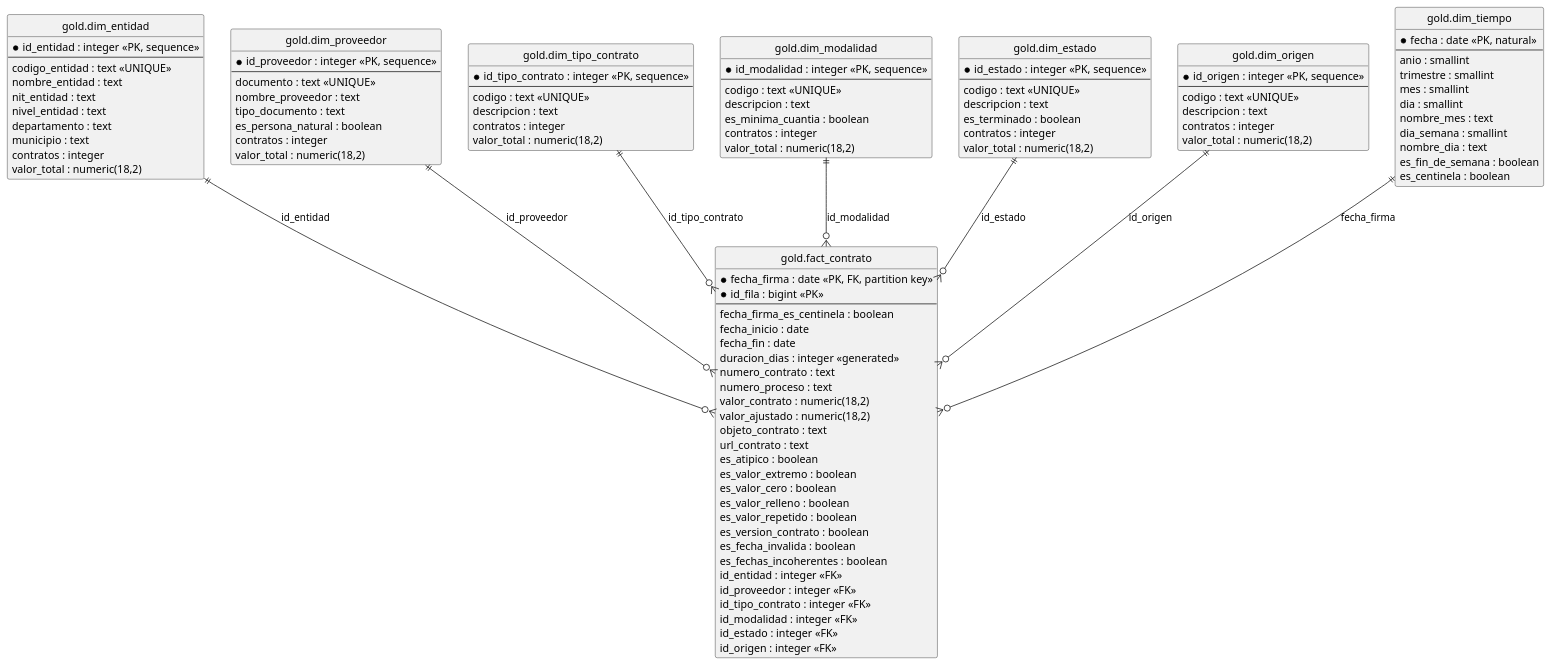
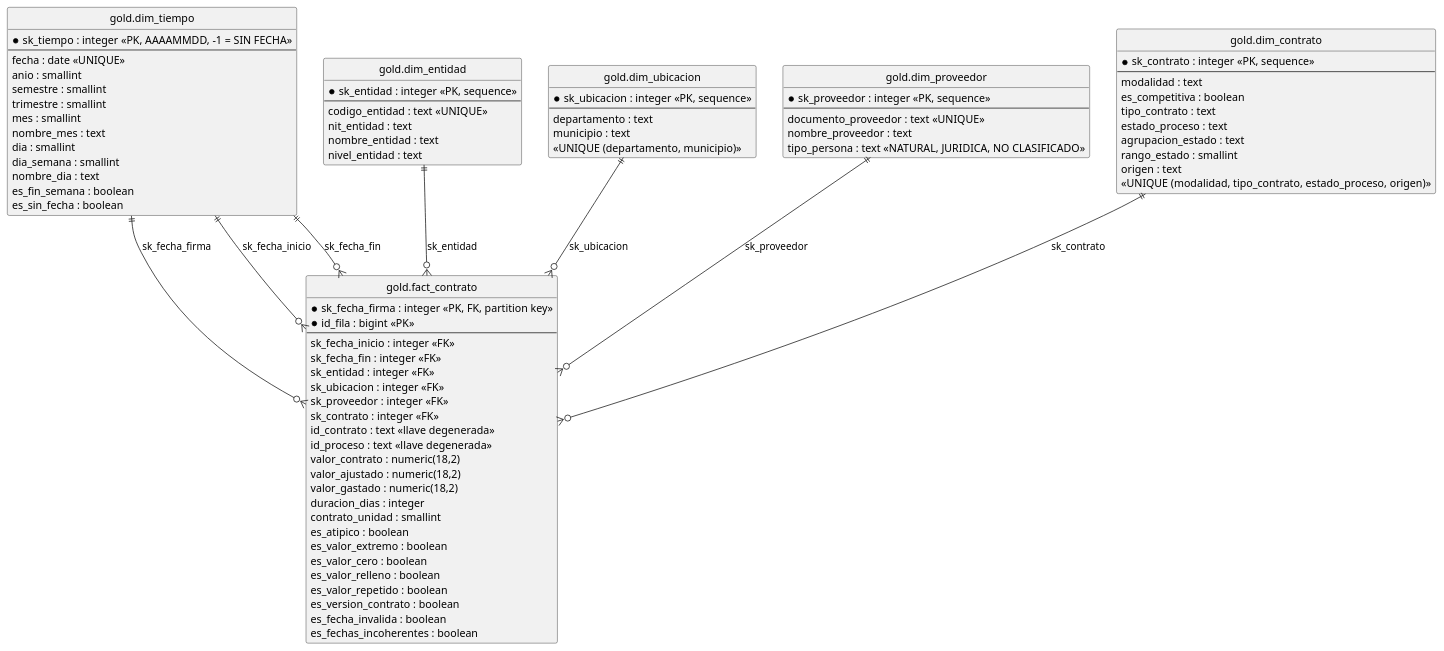
One commit to KerinM/SECOP changed the second of 2 diagrams in docs/modelo_relacional.md. Above: the diagram before and after it, drawn with PlantUML. The commit also changed other lines of this file and 1 other file, not shown here.

Commit message:
docs: modelo relacional y decisiones tecnicas actualizados

````diff
--- a/docs/modelo_relacional.md
+++ b/docs/modelo_relacional.md
@@ -176,100 +169,78 @@
 ```plantuml
 @startuml
-' Modelo lógico del Entregable 2. Muestra tablas, PK, FK y tipos.
-' dim_tiempo usa clave natural (fecha): ver seccion 6.2.
-
 hide circle
 
+entity "gold.dim_tiempo" as dim_tiempo {
+  * sk_tiempo : integer <<PK, AAAAMMDD, -1 = SIN FECHA>>
+  --
+  fecha : date <<UNIQUE>>
+  anio : smallint
+  semestre : smallint
+  trimestre : smallint
+  mes : smallint
+  nombre_mes : text
+  dia : smallint
+  dia_semana : smallint
+  nombre_dia : text
+  es_fin_semana : boolean
+  es_sin_fecha : boolean
+}
+
 entity "gold.dim_entidad" as dim_entidad {
-  * id_entidad : integer <<PK, sequence>>
+  * sk_entidad : integer <<PK, sequence>>
   --
   codigo_entidad : text <<UNIQUE>>
+  nit_entidad : text
   nombre_entidad : text
-  nit_entidad : text
   nivel_entidad : text
+}
+
+entity "gold.dim_ubicacion" as dim_ubicacion {
+  * sk_ubicacion : integer <<PK, sequence>>
+  --
   departamento : text
   municipio : text
-  contratos : integer
-  valor_total : numeric(18,2)
+  <<UNIQUE (departamento, municipio)>>
 }
 
 entity "gold.dim_proveedor" as dim_proveedor {
-  * id_proveedor : integer <<PK, sequence>>
+  * sk_proveedor : integer <<PK, sequence>>
   --
-  documento : text <<UNIQUE>>
+  documento_proveedor : text <<UNIQUE>>
   nombre_proveedor : text
-  tipo_documento : text
-  es_persona_natural : boolean
-  contratos : integer
-  valor_total : numeric(18,2)
+  tipo_persona : text <<NATURAL, JURIDICA, NO CLASIFICADO>>
 }
 
-entity "gold.dim_tipo_contrato" as dim_tipo_contrato {
-  * id_tipo_contrato : integer <<PK, sequence>>
+entity "gold.dim_contrato" as dim_contrato {
+  * sk_contrato : integer <<PK, sequence>>
   --
-  codigo : text <<UNIQUE>>
-  descripcion : text
-  contratos : integer
-  valor_total : numeric(18,2)
-}
-
-entity "gold.dim_modalidad" as dim_modalidad {
-  * id_modalidad : integer <<PK, sequence>>
-  --
-  codigo : text <<UNIQUE>>
-  descripcion : text
-  es_minima_cuantia : boolean
-  contratos : integer
-  valor_total : numeric(18,2)
-}
-
-entity "gold.dim_estado" as dim_estado {
-  * id_estado : integer <<PK, sequence>>
-  --
-  codigo : text <<UNIQUE>>
-  descripcion : text
-  es_terminado : boolean
-  contratos : integer
-  valor_total : numeric(18,2)
-}
-
-entity "gold.dim_origen" as dim_origen {
-  * id_origen : integer <<PK, sequence>>
-  --
-  codigo : text <<UNIQUE>>
-  descripcion : text
-  contratos : integer
-  valor_total : numeric(18,2)
-}
-
-entity "gold.dim_tiempo" as dim_tiempo {
-  * fecha : date <<PK, natural>>
-  --
-  anio : smallint
-  trimestre : smallint
-  mes : smallint
-  dia : smallint
-  nombre_mes : text
-  dia_semana : smallint
-  nombre_dia : text
-  es_fin_de_semana : boolean
-  es_centinela : boolean
+  modalidad : text
+  es_competitiva : boolean
+  tipo_contrato : text
+  estado_proceso : text
+  agrupacion_estado : text
+  rango_estado : smallint
+  origen : text
+  <<UNIQUE (modalidad, tipo_contrato, estado_proceso, origen)>>
 }
 
 entity "gold.fact_contrato" as fact_contrato {
-  * fecha_firma : date <<PK, FK, partition key>>
+  * sk_fecha_firma : integer <<PK, FK, partition key>>
   * id_fila : bigint <<PK>>
   --
-  fecha_firma_es_centinela : boolean
-  fecha_inicio : date
-  fecha_fin : date
-  duracion_dias : integer <<generated>>
-  numero_contrato : text
-  numero_proceso : text
+  sk_fecha_inicio : integer <<FK>>
+  sk_fecha_fin : integer <<FK>>
+  sk_entidad : integer <<FK>>
+  sk_ubicacion : integer <<FK>>
+  sk_proveedor : integer <<FK>>
+  sk_contrato : integer <<FK>>
+  id_contrato : text <<llave degenerada>>
+  id_proceso : text <<llave degenerada>>
   valor_contrato : numeric(18,2)
   valor_ajustado : numeric(18,2)
-  objeto_contrato : text
-  url_contrato : text
+  valor_gastado : numeric(18,2)
+  duracion_dias : integer
+  contrato_unidad : smallint
   es_atipico : boolean
   es_valor_extremo : boolean
   es_valor_cero : boolean
@@ -278,20 +249,14 @@
   es_version_contrato : boolean
   es_fecha_invalida : boolean
   es_fechas_incoherentes : boolean
-  id_entidad : integer <<FK>>
-  id_proveedor : integer <<FK>>
-  id_tipo_contrato : integer <<FK>>
-  id_modalidad : integer <<FK>>
-  id_estado : integer <<FK>>
-  id_origen : integer <<FK>>
 }
 
-dim_entidad       ||--o{ fact_contrato : "id_entidad"
-dim_proveedor     ||--o{ fact_contrato : "id_proveedor"
-dim_tipo_contrato ||--o{ fact_contrato : "id_tipo_contrato"
-dim_modalidad     ||--o{ fact_contrato : "id_modalidad"
-dim_estado        ||--o{ fact_contrato : "id_estado"
-dim_origen        ||--o{ fact_contrato : "id_origen"
-dim_tiempo        ||--o{ fact_contrato : "fecha_firma"
+dim_tiempo    ||--o{ fact_contrato : "sk_fecha_firma"
+dim_tiempo    ||--o{ fact_contrato : "sk_fecha_inicio"
+dim_tiempo    ||--o{ fact_contrato : "sk_fecha_fin"
+dim_entidad   ||--o{ fact_contrato : "sk_entidad"
+dim_ubicacion ||--o{ fact_contrato : "sk_ubicacion"
+dim_proveedor ||--o{ fact_contrato : "sk_proveedor"
+dim_contrato  ||--o{ fact_contrato : "sk_contrato"
 @enduml
 ```
````
